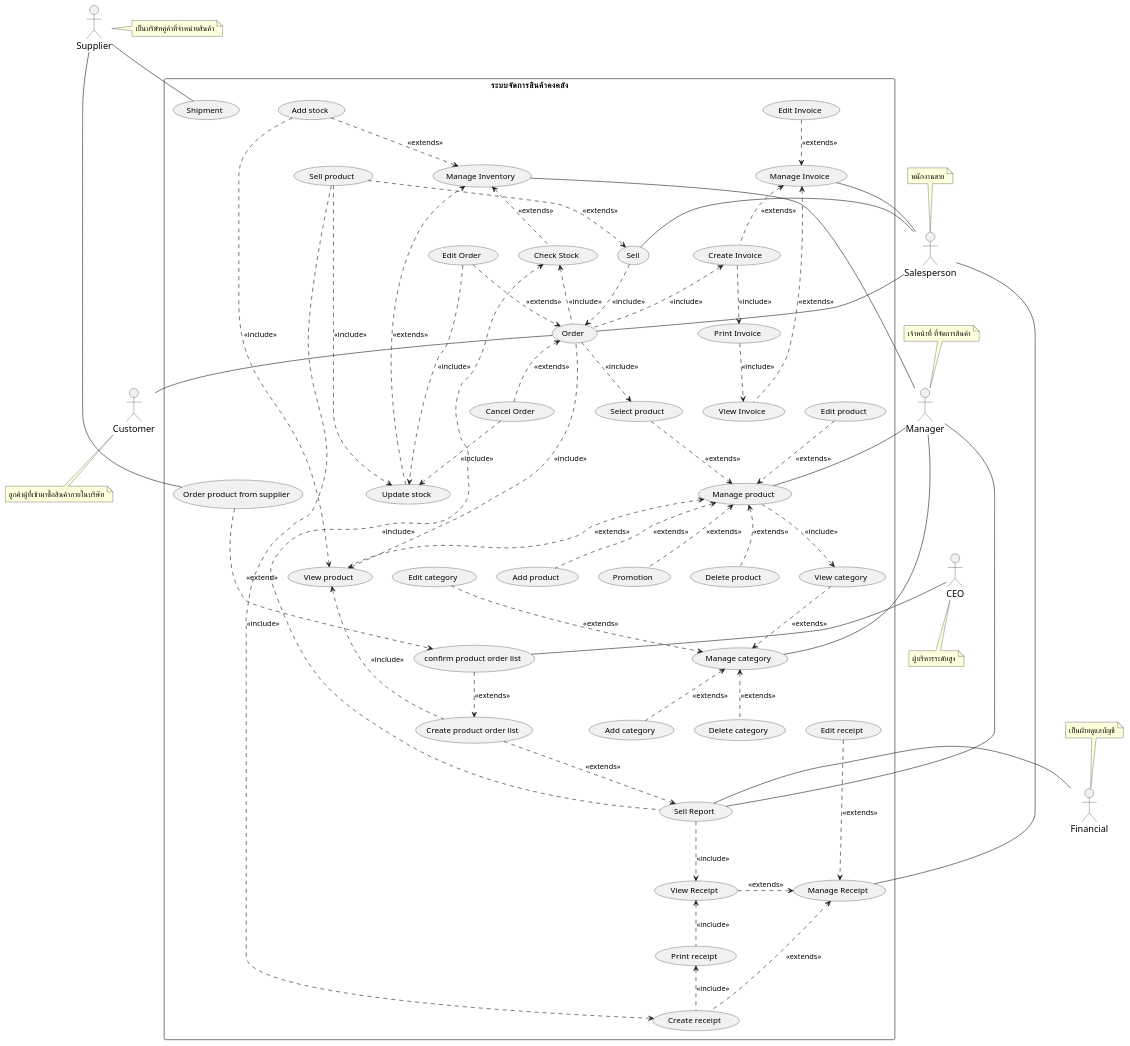
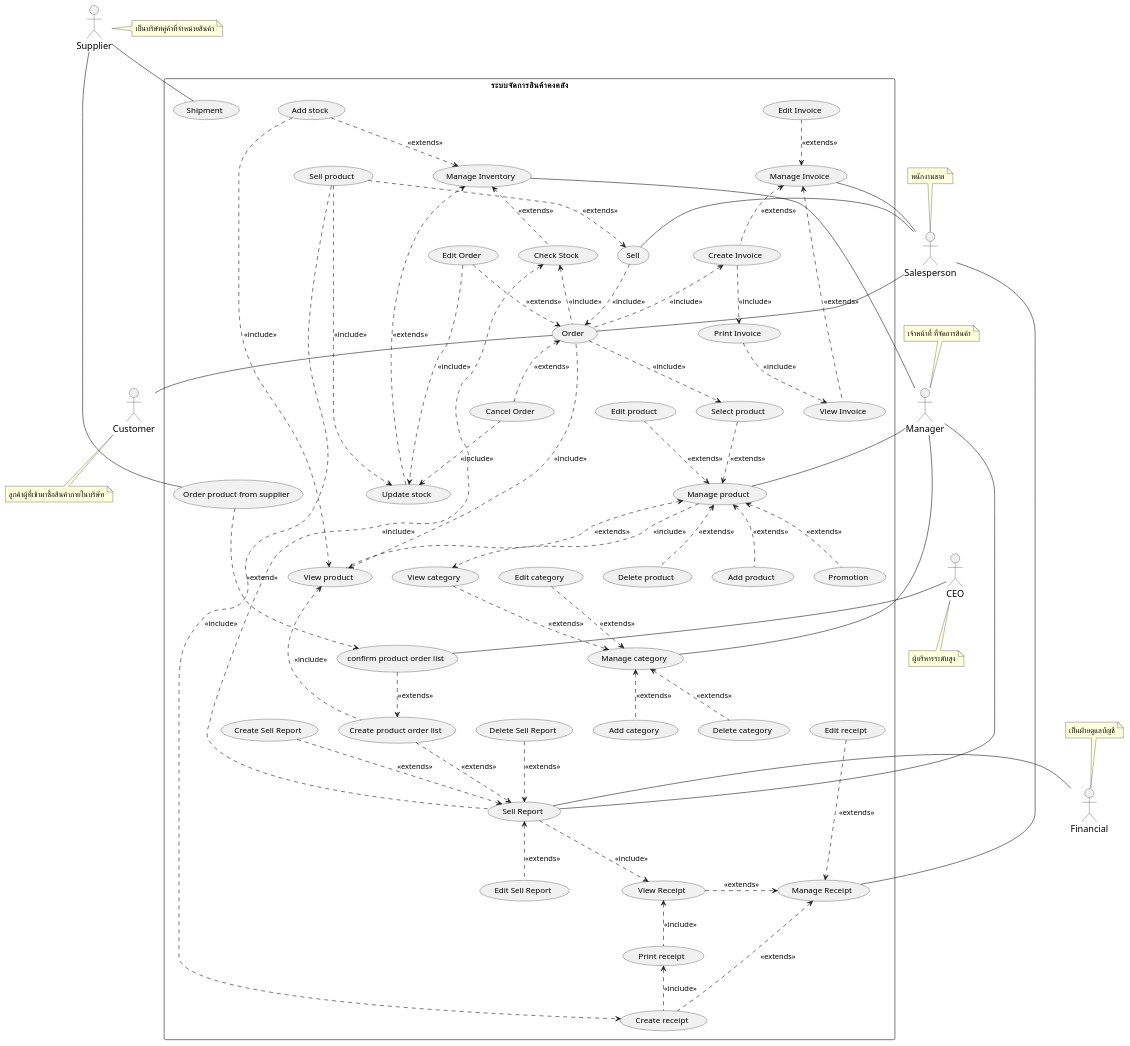
The diagram in system-analysis/usecase/_0_usecase-diagram.puml (billowdev/inventory-system-plantuml-sequelize-seeder-example), drawn with PlantUML before and after one commit.

```diff
--- a/system-analysis/usecase/_0_usecase-diagram.puml
+++ b/system-analysis/usecase/_0_usecase-diagram.puml
@@ -59,6 +59,9 @@
     ' ================ Reporting ================
     '   การทำรายงาน
     usecase (Sell Report) as (usecaseSellReport)
+    usecase (Create Sell Report) as (usecaseCreateSellReport)
+    usecase (Edit Sell Report) as (usecaseEditSellReport)
+    usecase (Delete Sell Report) as (usecaseDeleteSellReport)
 
     '    การขายสินค้า
     usecase (Sell product) as (usecaseSellProduct)
@@ -211,6 +214,10 @@
     (usecaseCheckStock)  <.. (usecaseSellReport)  : <<include>>
     (usecaseCreateProductOrderList) ..>  (usecaseSellReport)   : <<extends>>
 
+    (usecaseCreateSellReport) ..>  (usecaseSellReport)   : <<extends>>
+    (usecaseSellReport)   <.. (usecaseEditSellReport)   : <<extends>>
+    (usecaseDeleteSellReport) ..>  (usecaseSellReport)   : <<extends>>
+
     (usecaseViewProduct) <... (usecaseCreateProductOrderList) : <<include>>
     (usecaseConfirmOrderList) ..> (usecaseCreateProductOrderList) : <<extends>>
     (usecaseOrderProductFromSupplier) ...> (usecaseConfirmOrderList)  : <<extend>>
```
